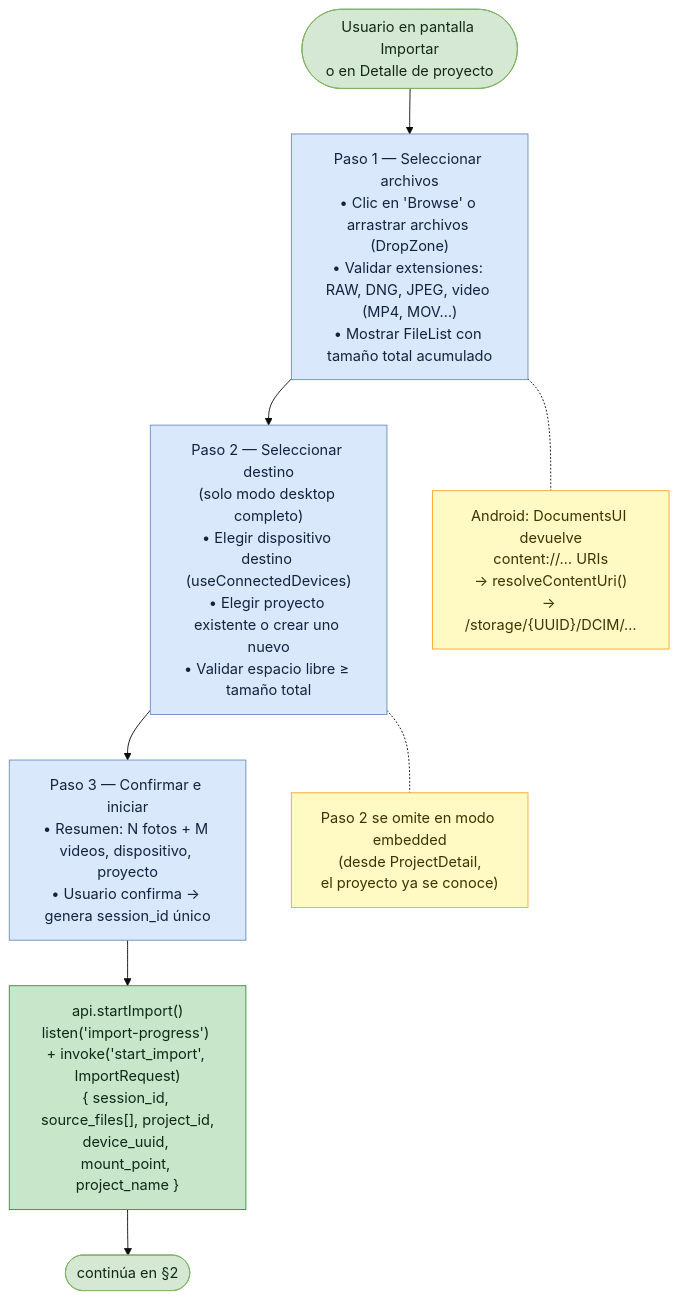
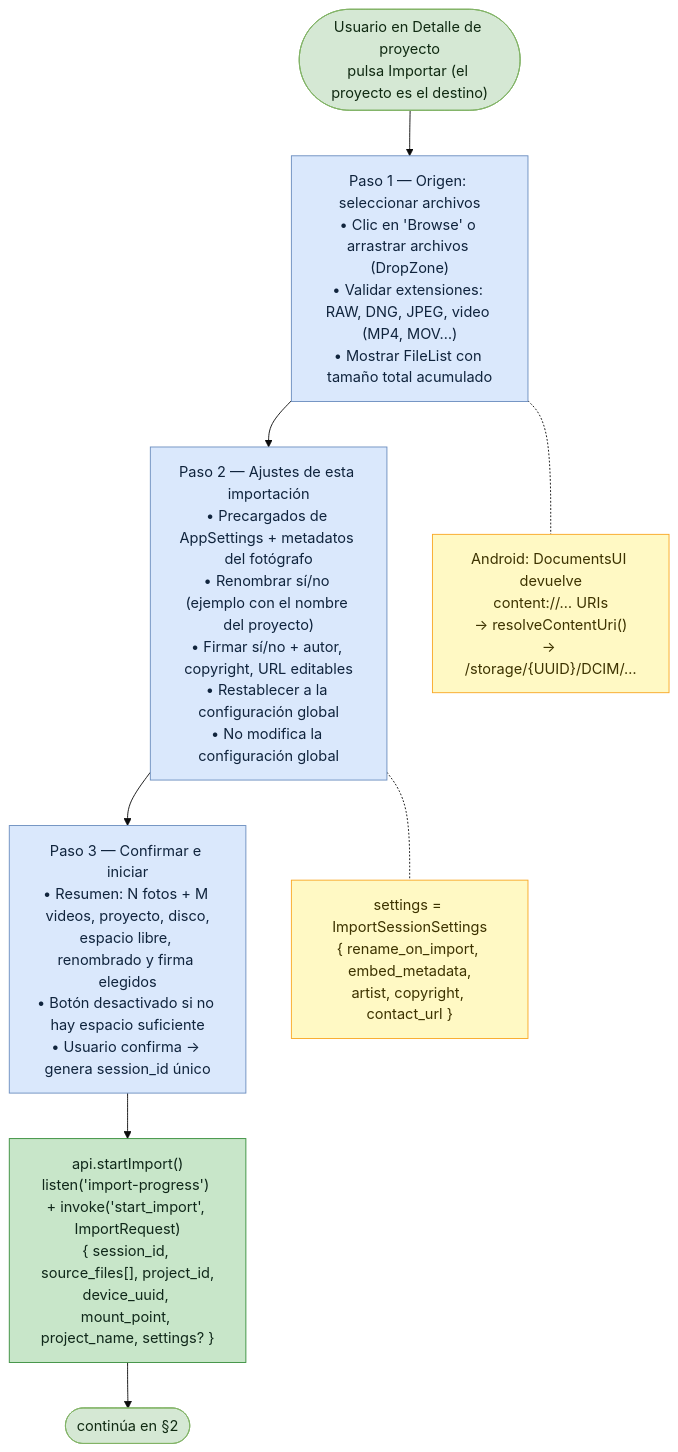
The second of 7 diagrams in docs/useCases/flujo-importar-imagenes.md (everitosan/lumik), drawn with Mermaid (base theme) before and after one commit. The commit also changed other lines of this file and 20 other files, not shown here.

First line of the commit message:
feat(import): ajustes de renombrado y firma en cada importación

````diff
--- a/docs/useCases/flujo-importar-imagenes.md
+++ b/docs/useCases/flujo-importar-imagenes.md
@@ -41,25 +41,25 @@
 ```mermaid
 flowchart TD
-    start(["Usuario en pantalla Importar<br/>o en Detalle de proyecto"])
-    s1["Paso 1 — Seleccionar archivos<br/>• Clic en 'Browse' o arrastrar archivos (DropZone)<br/>• Validar extensiones: RAW, DNG, JPEG, video (MP4, MOV…)<br/>• Mostrar FileList con tamaño total acumulado"]
-    s2["Paso 2 — Seleccionar destino<br/>(solo modo desktop completo)<br/>• Elegir dispositivo destino (useConnectedDevices)<br/>• Elegir proyecto existente o crear uno nuevo<br/>• Validar espacio libre ≥ tamaño total"]
-    s3["Paso 3 — Confirmar e iniciar<br/>• Resumen: N fotos + M videos, dispositivo, proyecto<br/>• Usuario confirma → genera session_id único"]
-    invoke["api.startImport()<br/>listen('import-progress') + invoke('start_import', ImportRequest)<br/>{ session_id, source_files[], project_id,<br/>device_uuid, mount_point, project_name }"]
+    start(["Usuario en Detalle de proyecto<br/>pulsa Importar (el proyecto es el destino)"])
+    s1["Paso 1 — Origen: seleccionar archivos<br/>• Clic en 'Browse' o arrastrar archivos (DropZone)<br/>• Validar extensiones: RAW, DNG, JPEG, video (MP4, MOV…)<br/>• Mostrar FileList con tamaño total acumulado"]
+    s2["Paso 2 — Ajustes de esta importación<br/>• Precargados de AppSettings + metadatos del fotógrafo<br/>• Renombrar sí/no (ejemplo con el nombre del proyecto)<br/>• Firmar sí/no + autor, copyright, URL editables<br/>• Restablecer a la configuración global<br/>• No modifica la configuración global"]
+    s3["Paso 3 — Confirmar e iniciar<br/>• Resumen: N fotos + M videos, proyecto, disco,<br/>espacio libre, renombrado y firma elegidos<br/>• Botón desactivado si no hay espacio suficiente<br/>• Usuario confirma → genera session_id único"]
+    invoke["api.startImport()<br/>listen('import-progress') + invoke('start_import', ImportRequest)<br/>{ session_id, source_files[], project_id,<br/>device_uuid, mount_point, project_name, settings? }"]
     next(["continúa en §2"])
 
     n_uri["Android: DocumentsUI devuelve<br/>content://… URIs<br/>→ resolveContentUri()<br/>→ /storage/{UUID}/DCIM/…"]
-    n_emb["Paso 2 se omite en modo embedded<br/>(desde ProjectDetail,<br/>el proyecto ya se conoce)"]
+    n_set["settings = ImportSessionSettings<br/>{ rename_on_import, embed_metadata,<br/>artist, copyright, contact_url }"]
 
     start --> s1 --> s2 --> s3 --> invoke --> next
     s1 -.- n_uri
-    s2 -.- n_emb
+    s2 -.- n_set
 
     classDef term fill:#d5e8d4,stroke:#82b366,color:#102a12
     classDef ui fill:#dae8fc,stroke:#6c8ebf,color:#10243d
     classDef ipc fill:#c8e6c9,stroke:#388e3c,color:#10281a
     classDef note fill:#fff9c4,stroke:#f9a825,color:#3d3300
     class start,next term
     class s1,s2,s3 ui
     class invoke ipc
-    class n_uri,n_emb note
+    class n_uri,n_set note
 ```
````
